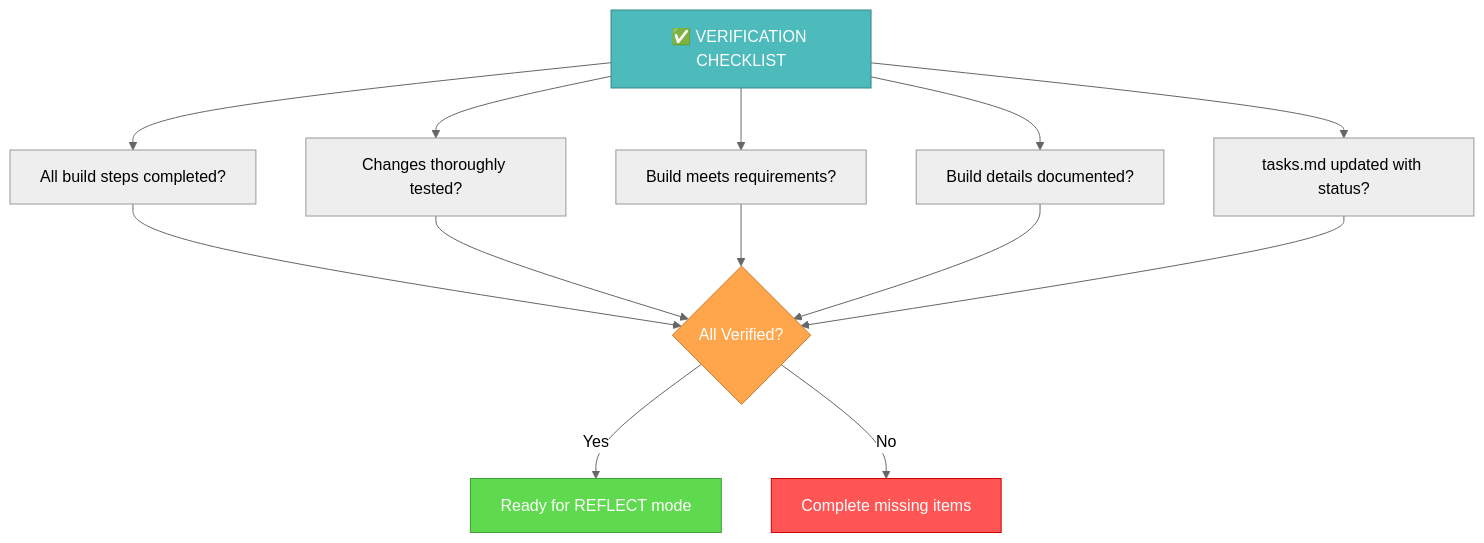
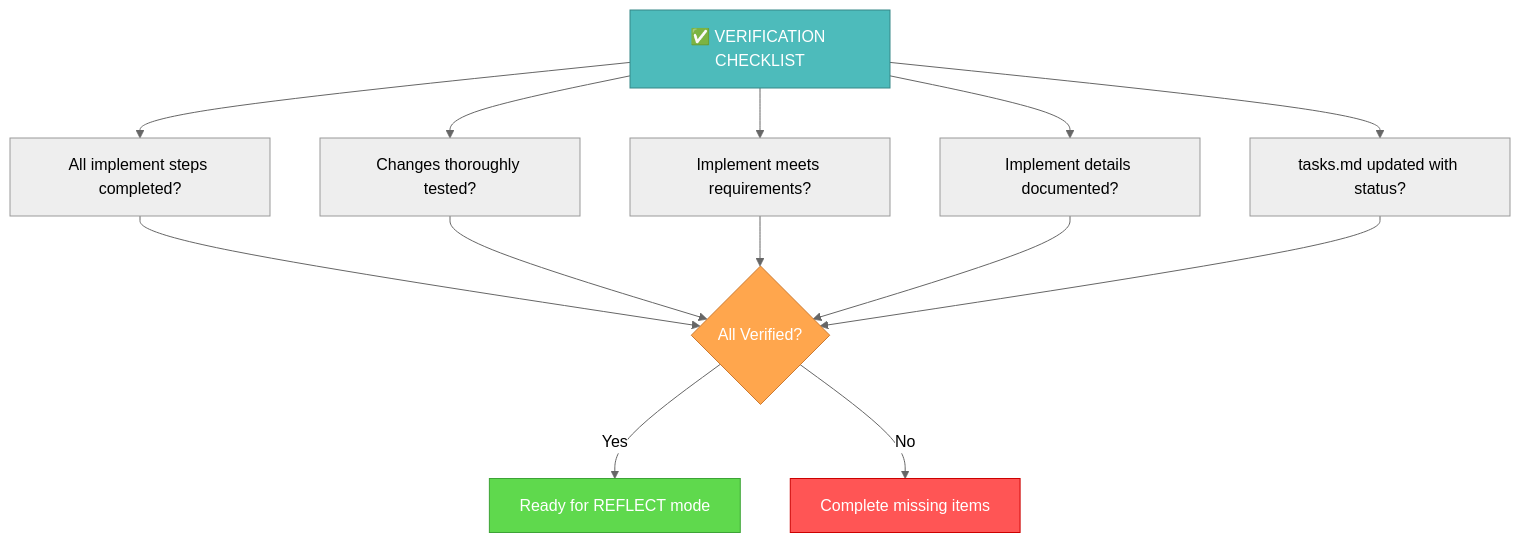
Before and after one commit to jedita/cursor-memory-bank: the sixth of 6 diagrams in custom_modes/implement_instructions.md, drawn with Mermaid (neutral theme). The commit also changed other lines of this file and 20 other files, not shown here.

````diff
--- a/custom_modes/implement_instructions.md
+++ b/custom_modes/implement_instructions.md
@@ -251,17 +251,17 @@
 ```mermaid
 graph TD
-    V["✅ VERIFICATION CHECKLIST"] --> I["All build steps completed?"]
+    V["✅ VERIFICATION CHECKLIST"] --> I["All implement steps completed?"]
     V --> T["Changes thoroughly tested?"]
-    V --> R["Build meets requirements?"]
-    V --> D["Build details documented?"]
+    V --> R["Implement meets requirements?"]
+    V --> D["Implement details documented?"]
     V --> U["tasks.md updated with status?"]
     
     I & T & R & D & U --> Decision{"All Verified?"}
     Decision -->|"Yes"| Complete["Ready for REFLECT mode"]
     Decision -->|"No"| Fix["Complete missing items"]
     
     style V fill:#4dbbbb,stroke:#368787,color:white
     style Decision fill:#ffa64d,stroke:#cc7a30,color:white
     style Complete fill:#5fd94d,stroke:#3da336,color:white
     style Fix fill:#ff5555,stroke:#cc0000,color:white
 ```
````
